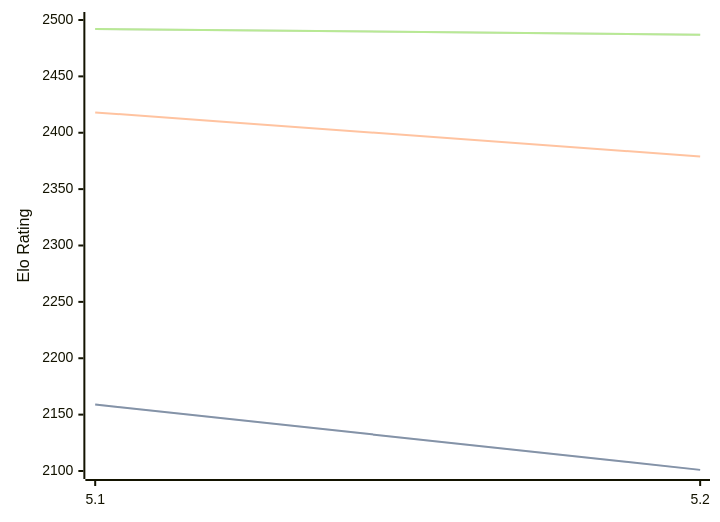
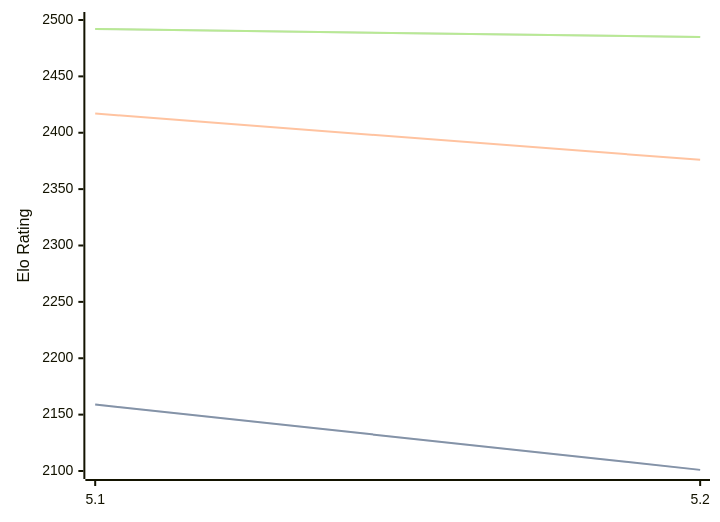
One commit to computer-chess-index/cci changed the diagram in engines/Prophet.md. Above: the diagram before and after it, drawn with Mermaid. The commit also changed other lines of this file, not shown here.

Commit message:
Update CCI Ratings (ELO VLTC) - 2026-08-19

````diff
--- a/engines/Prophet.md
+++ b/engines/Prophet.md
@@ -32,11 +32,11 @@
 ```mermaid
 %%{init: {"theme":"base","themeVariables":{"seriesColors:['#a3a3a3','#222221','#faa371']}}}%%
 xychart-beta
   x-axis ["5.1", "5.2"]
   y-axis "Elo Rating" 2100 --> 2500
   line "STC (8.0+0.08s)" [2159, 2101]
   line "STC (8.0+0.08s)" [2159, 2101]
-  line "LTC (60.0+0.60s)" [2418, 2379]
-  line "VLTC (2m24s+1.12s)" [2492, 2487]
-  line "VLTC (2m24s+1.12s)" [2492, 2487]
+  line "LTC (60.0+0.60s)" [2417, 2376]
+  line "VLTC (2m24s+1.12s)" [2492, 2485]
+  line "VLTC (2m24s+1.12s)" [2492, 2485]
 ```
````
